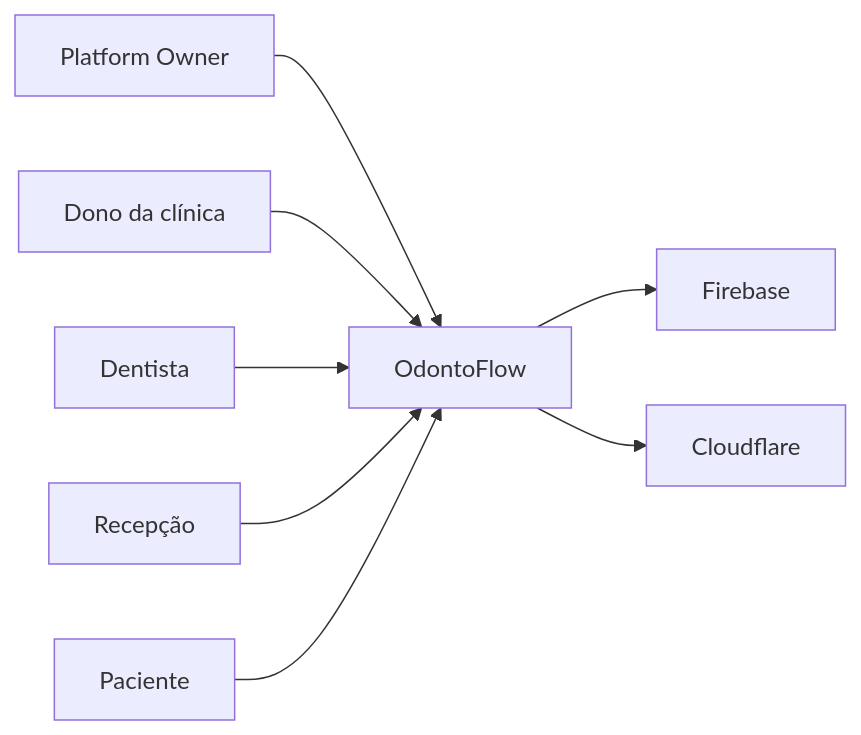
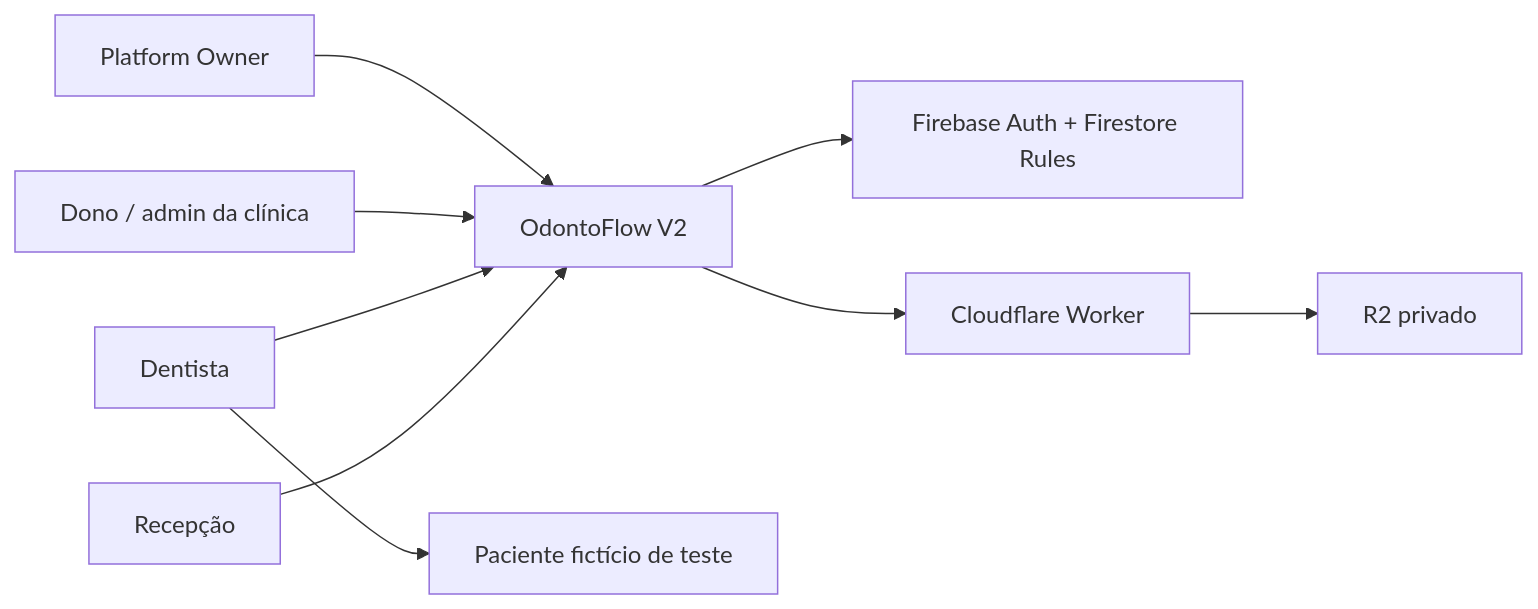
One commit to CristianoRFB/Dentista changed the diagram in docs/versions/v01-multitenant-whitelabel/diagrams/source/02-c4-context.mmd. Above: the diagram before and after it, drawn with Mermaid. The commit also changed 132 other files, not shown here.

```diff
--- a/docs/versions/v01-multitenant-whitelabel/diagrams/source/02-c4-context.mmd
+++ b/docs/versions/v01-multitenant-whitelabel/diagrams/source/02-c4-context.mmd
@@ -1,9 +1,10 @@
 %% C4 Context
 flowchart LR
-  N1["Platform Owner"] --> N2["OdontoFlow"]
-  N3["Dono da clínica"] --> N2["OdontoFlow"]
-  N4["Dentista"] --> N2["OdontoFlow"]
-  N5["Recepção"] --> N2["OdontoFlow"]
-  N6["Paciente"] --> N2["OdontoFlow"]
-  N2["OdontoFlow"] --> N7["Firebase"]
-  N2["OdontoFlow"] --> N8["Cloudflare"]
+  O["Platform Owner"] --> S["OdontoFlow V2"]
+  D["Dono / admin da clínica"] --> S
+  P["Dentista"] --> S
+  R["Recepção"] --> S
+  S --> F["Firebase Auth + Firestore Rules"]
+  S --> W["Cloudflare Worker"]
+  W --> R2["R2 privado"]
+  P --> N["Paciente fictício de teste"]
```
